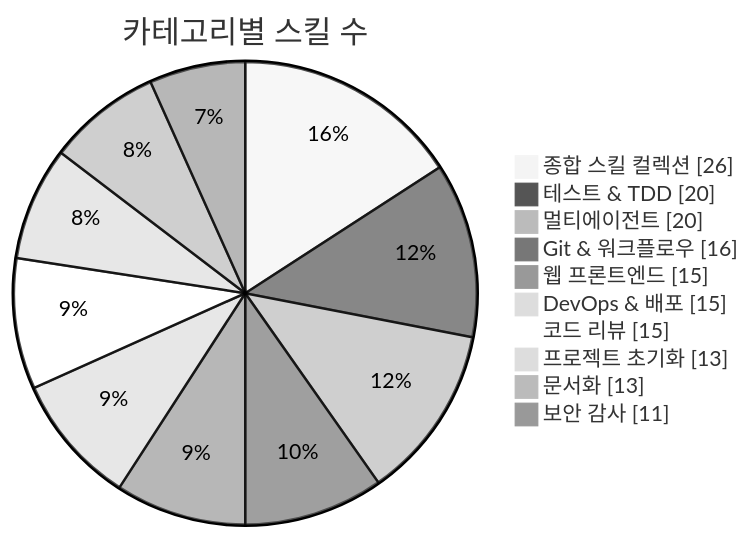
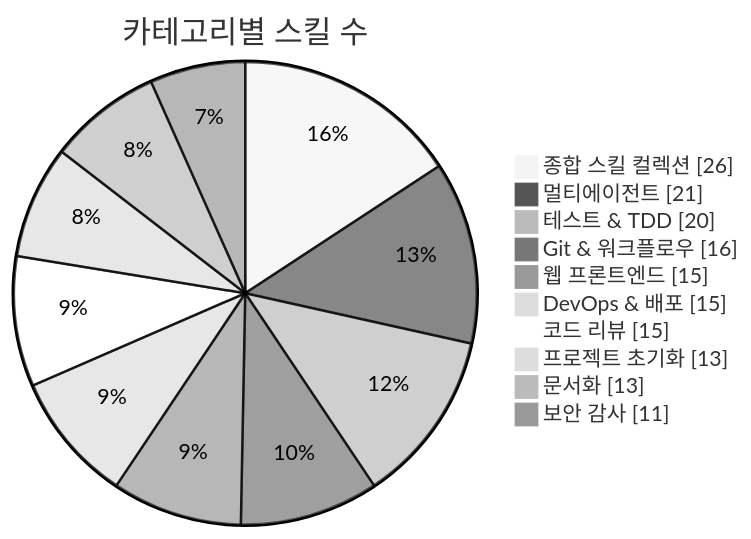
The first of 3 diagrams in README.md (J-nowcow/awesome-korean-agent-skills), drawn with Mermaid (neutral theme) before and after one commit. The commit also changed other lines of this file and 4 other files, not shown here.

````diff
--- a/README.md
+++ b/README.md
@@ -176,14 +176,14 @@
 ```mermaid
 pie showData
     title 카테고리별 스킬 수
     "종합 스킬 컬렉션" : 26
+    "멀티에이전트" : 21
     "테스트 & TDD" : 20
-    "멀티에이전트" : 20
     "Git & 워크플로우" : 16
     "웹 프론트엔드" : 15
     "DevOps & 배포" : 15
     "코드 리뷰" : 15
     "프로젝트 초기화" : 13
     "문서화" : 13
     "보안 감사" : 11
 ```
````
